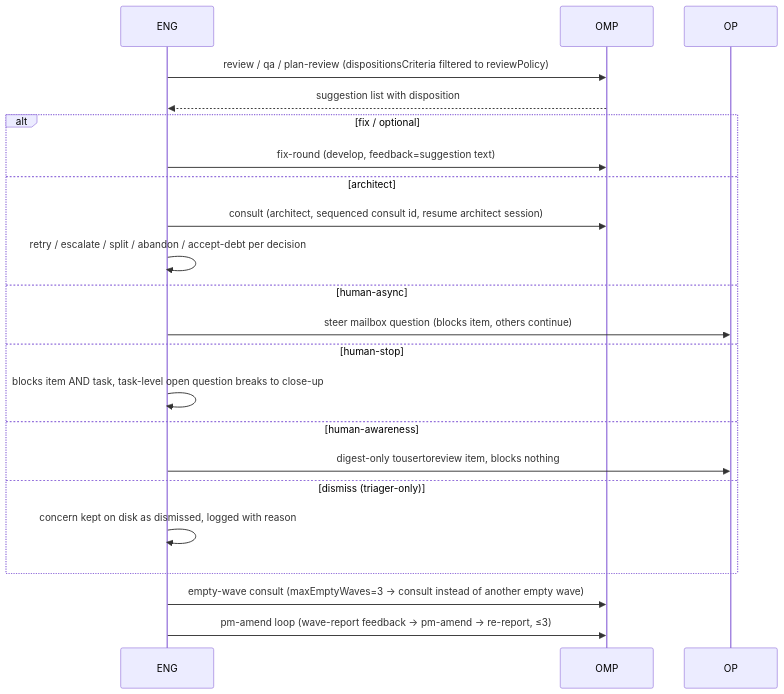
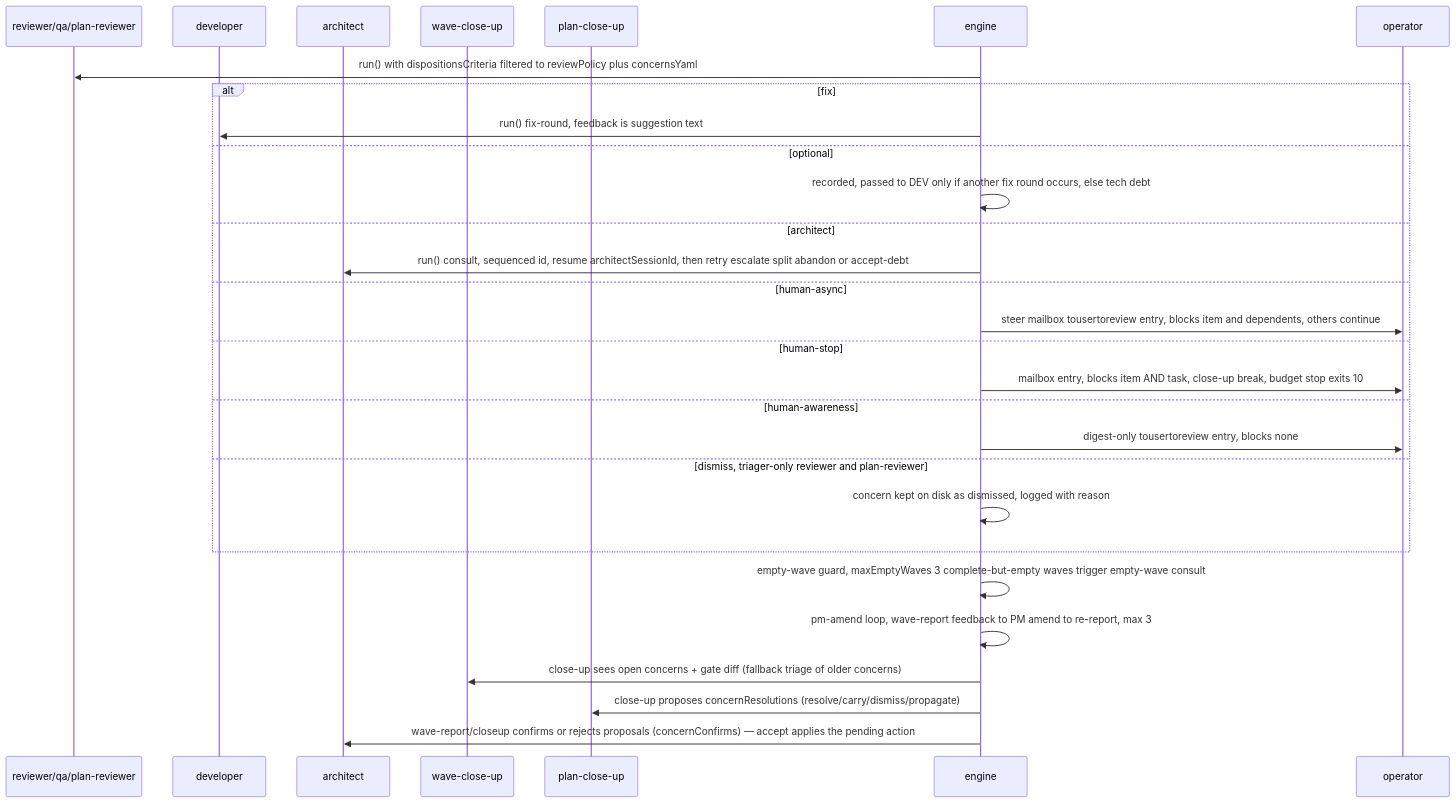
One commit to szavadsky/agentic-swarm changed the fourth of 5 diagrams in plugins/software-factory/docs/IMPLEMENTATION.md. Above: the diagram before and after it, drawn with Mermaid. The commit also changed other lines of this file, not shown here.

Commit message:
software-factory: as-built IMPLEMENTATION.md (diagrams + LLM audit)

````diff
--- a/plugins/software-factory/docs/IMPLEMENTATION.md
+++ b/plugins/software-factory/docs/IMPLEMENTATION.md
@@ -121,24 +180,31 @@
 ```mermaid
 sequenceDiagram
-    participant ENG
-    participant OMP
-    participant OP
-    ENG->>OMP: review / qa / plan-review (dispositionsCriteria filtered to reviewPolicy)
-    OMP-->>ENG: suggestion list with disposition
-    alt fix / optional
-        ENG->>OMP: fix-round (develop, feedback=suggestion text)
+    participant REV as reviewer/qa/plan-reviewer
+    participant DEV as developer
+    participant ARC as architect
+    participant WCU as wave-close-up
+    participant PCU as plan-close-up
+    participant ENG as engine
+    participant OP as operator
+    ENG->>REV: run() with dispositionsCriteria filtered to reviewPolicy plus concernsYaml
+    alt fix
+        ENG->>DEV: run() fix-round, feedback is suggestion text
+    else optional
+        ENG->>ENG: recorded, passed to DEV only if another fix round occurs, else tech debt
     else architect
-        ENG->>OMP: consult (architect, sequenced consult id, resume architect session)
-        ENG->>ENG: retry / escalate / split / abandon / accept-debt per decision
+        ENG->>ARC: run() consult, sequenced id, resume architectSessionId, then retry escalate split abandon or accept-debt
     else human-async
-        ENG->>OP: steer mailbox question (blocks item, others continue)
+        ENG->>OP: steer mailbox tousertoreview entry, blocks item and dependents, others continue
     else human-stop
-        ENG->>ENG: blocks item AND task, task-level open question breaks to close-up
+        ENG->>OP: mailbox entry, blocks item AND task, close-up break, budget stop exits 10
     else human-awareness
-        ENG->>OP: digest-only tousertoreview item, blocks nothing
-    else dismiss (triager-only)
+        ENG->>OP: digest-only tousertoreview entry, blocks none
+    else dismiss, triager-only reviewer and plan-reviewer
         ENG->>ENG: concern kept on disk as dismissed, logged with reason
     end
-    ENG->>OMP: empty-wave consult (maxEmptyWaves=3 → consult instead of another empty wave)
-    ENG->>OMP: pm-amend loop (wave-report feedback → pm-amend → re-report, ≤3)
+    ENG->>ENG: empty-wave guard, maxEmptyWaves 3 complete-but-empty waves trigger empty-wave consult
+    ENG->>ENG: pm-amend loop, wave-report feedback to PM amend to re-report, max 3
+    ENG->>WCU: close-up sees open concerns + gate diff (fallback triage of older concerns)
+    ENG->>PCU: close-up proposes concernResolutions (resolve/carry/dismiss/propagate)
+    ENG->>ARC: wave-report/closeup confirms or rejects proposals (concernConfirms) — accept applies the pending action
 ```
````
